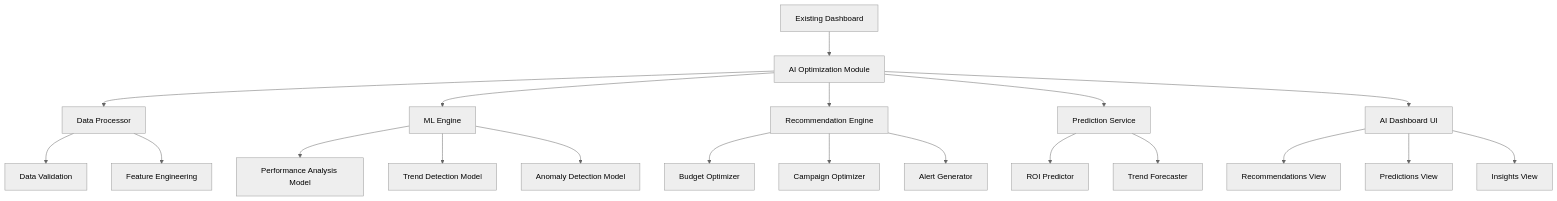
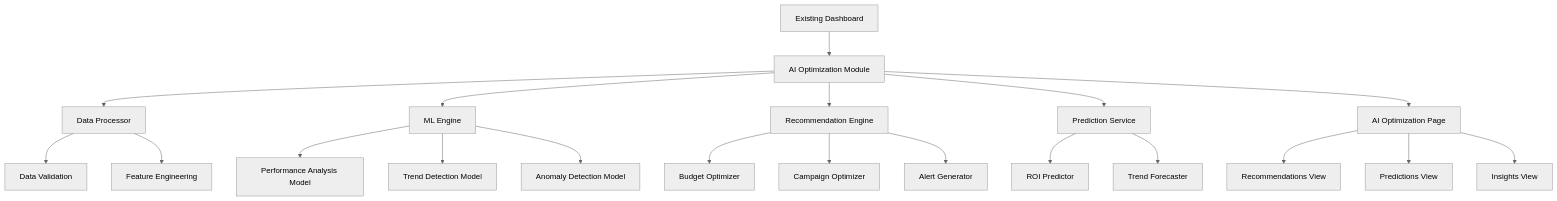
One commit to myhit051/affilitics-me-0819sp changed the first of 2 diagrams in .kiro/specs/ai-campaign-optimization/design.md. Above: the diagram before and after it, drawn with Mermaid (neutral theme). The commit also changed other lines of this file and 24 other files, not shown here.

````diff
--- a/.kiro/specs/ai-campaign-optimization/design.md
+++ b/.kiro/specs/ai-campaign-optimization/design.md
@@ -13,27 +19,27 @@
 ```mermaid
 graph TB
     A[Existing Dashboard] --> B[AI Optimization Module]
     B --> C[Data Processor]
     B --> D[ML Engine]
     B --> E[Recommendation Engine]
     B --> F[Prediction Service]
     
     C --> G[Data Validation]
     C --> H[Feature Engineering]
     
     D --> I[Performance Analysis Model]
     D --> J[Trend Detection Model]
     D --> K[Anomaly Detection Model]
     
     E --> L[Budget Optimizer]
     E --> M[Campaign Optimizer]
     E --> N[Alert Generator]
     
     F --> O[ROI Predictor]
     F --> P[Trend Forecaster]
     
-    B --> Q[AI Dashboard UI]
+    B --> Q[AI Optimization Page]
     Q --> R[Recommendations View]
     Q --> S[Predictions View]
     Q --> T[Insights View]
 ```
````
